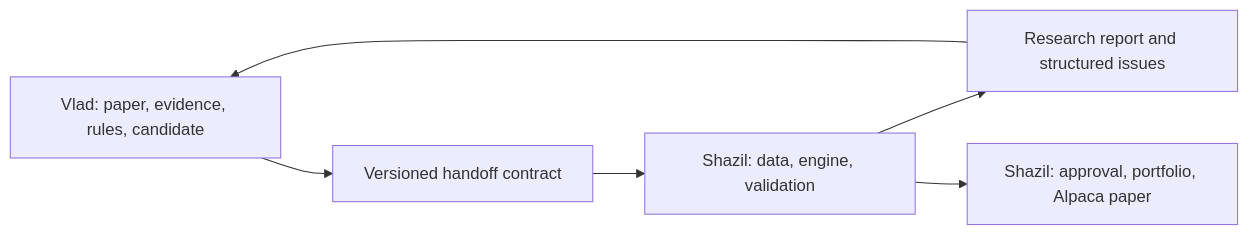
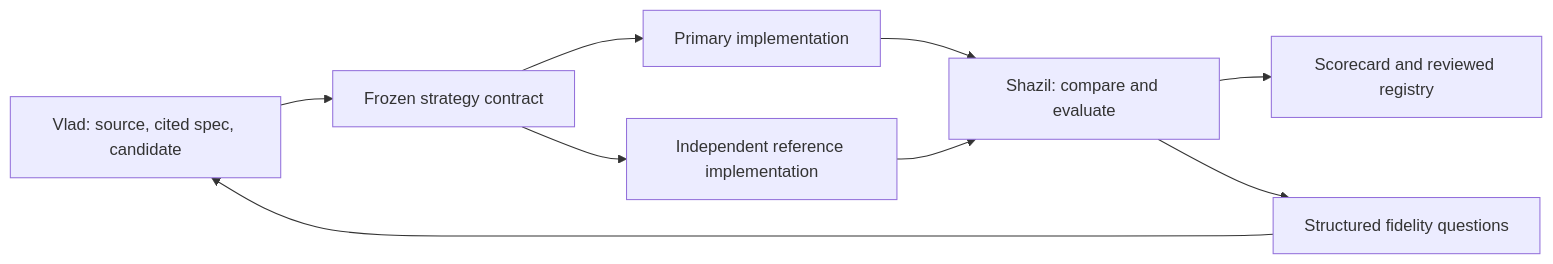
One commit to Shazil10/marginalia changed the diagram in docs/WORKSTREAMS.md. Above: the diagram before and after it, drawn with Mermaid. The commit also changed other lines of this file and 2 other files, not shown here.

Commit message:
Focus V1 on research verification and independent replication

````diff
--- a/docs/WORKSTREAMS.md
+++ b/docs/WORKSTREAMS.md
@@ -28,8 +37,11 @@
 ```mermaid
 flowchart LR
-    V[Vlad: paper, evidence, rules, candidate] --> C[Versioned handoff contract]
-    C --> S[Shazil: data, engine, validation]
-    S --> R[Research report and structured issues]
-    R --> V
-    S --> P[Shazil: approval, portfolio, Alpaca paper]
+    V[Vlad: source, cited spec, candidate] --> C[Frozen strategy contract]
+    C --> A[Primary implementation]
+    C --> B[Independent reference implementation]
+    A --> S[Shazil: compare and evaluate]
+    B --> S
+    S --> R[Scorecard and reviewed registry]
+    S --> F[Structured fidelity questions]
+    F --> V
 ```
````
